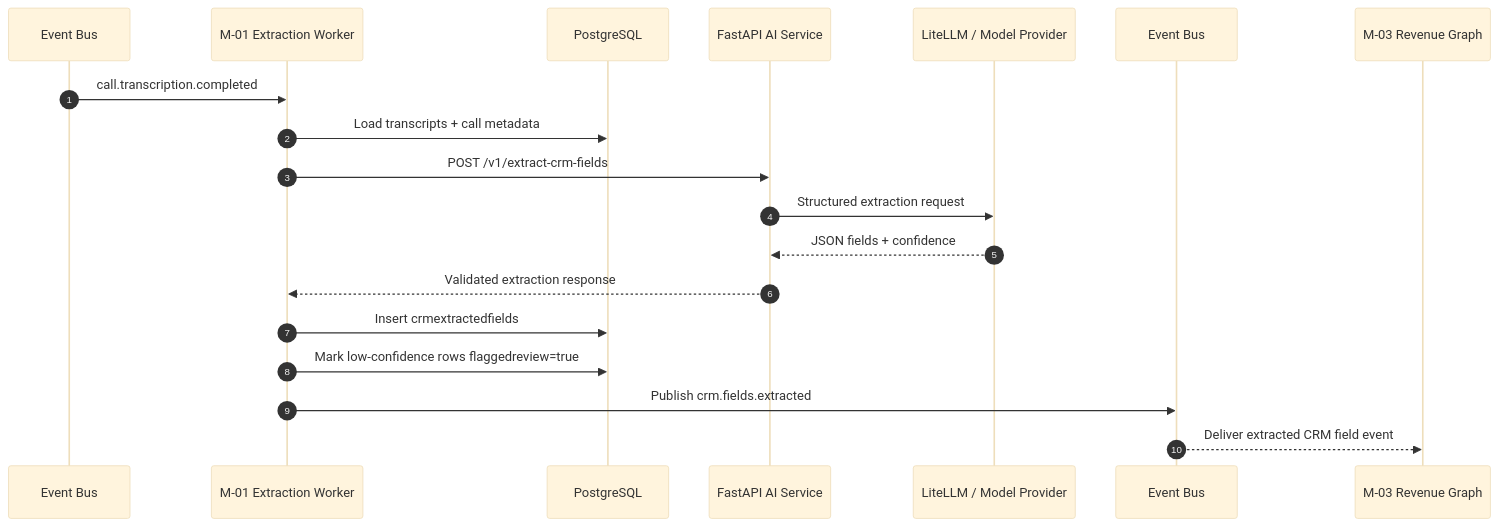
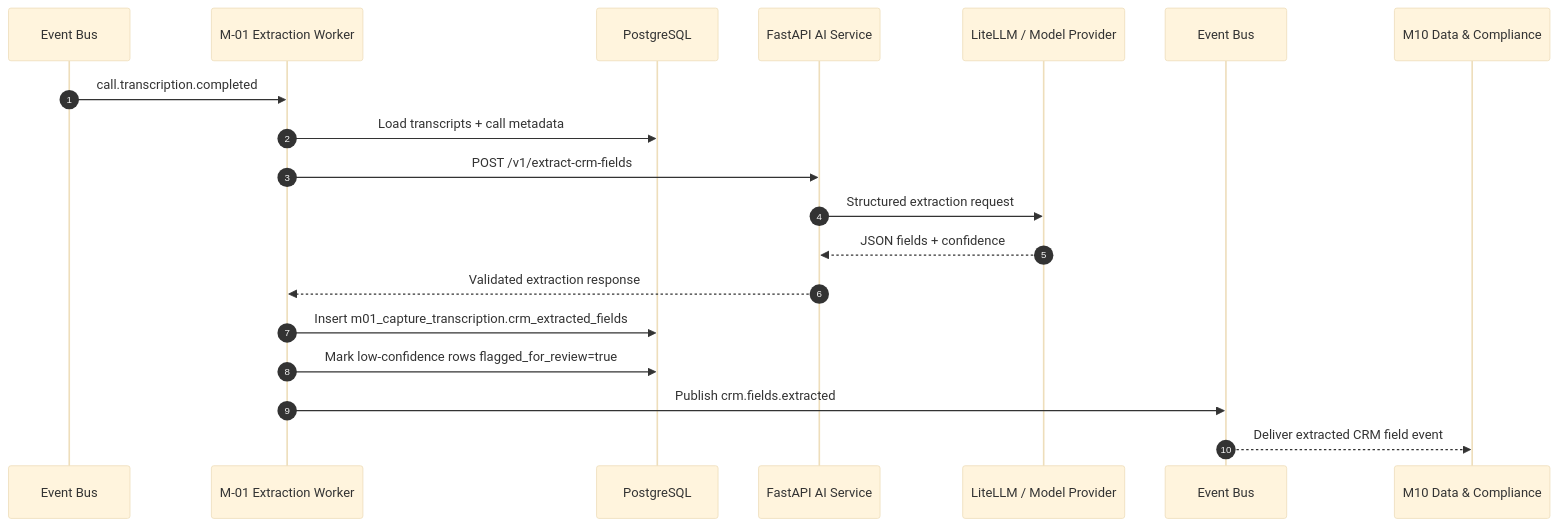
Before and after one commit to PoojaTiwari09/FB-and-RP-Fixes: the third of 4 diagrams in Reference documents/M1 Capture & Transcription/m1-sequence diagram.md, drawn with Mermaid (base theme). The commit also changed other lines of this file and 79 other files, not shown here.

````diff
--- a/Reference documents/M1 Capture & Transcription/m1-sequence diagram.md
+++ b/Reference documents/M1 Capture & Transcription/m1-sequence diagram.md
@@ -283,22 +283,22 @@
 ```mermaid
 sequenceDiagram
     autonumber
     participant EVT as Event Bus
     participant X as M-01 Extraction Worker
     participant DB as PostgreSQL
     participant AI as FastAPI AI Service
     participant LLM as LiteLLM / Model Provider
     participant EVT2 as Event Bus
-    participant RG as M-03 Revenue Graph
+    participant RG as M10 Data & Compliance
 
     EVT->>X: call.transcription.completed
     X->>DB: Load transcripts + call metadata
     X->>AI: POST /v1/extract-crm-fields
     AI->>LLM: Structured extraction request
     LLM-->>AI: JSON fields + confidence
     AI-->>X: Validated extraction response
-    X->>DB: Insert crmextractedfields
-    X->>DB: Mark low-confidence rows flaggedreview=true
+    X->>DB: Insert m01_capture_transcription.crm_extracted_fields
+    X->>DB: Mark low-confidence rows flagged_for_review=true
     X->>EVT2: Publish crm.fields.extracted
     EVT2-->>RG: Deliver extracted CRM field event
 ```
````
